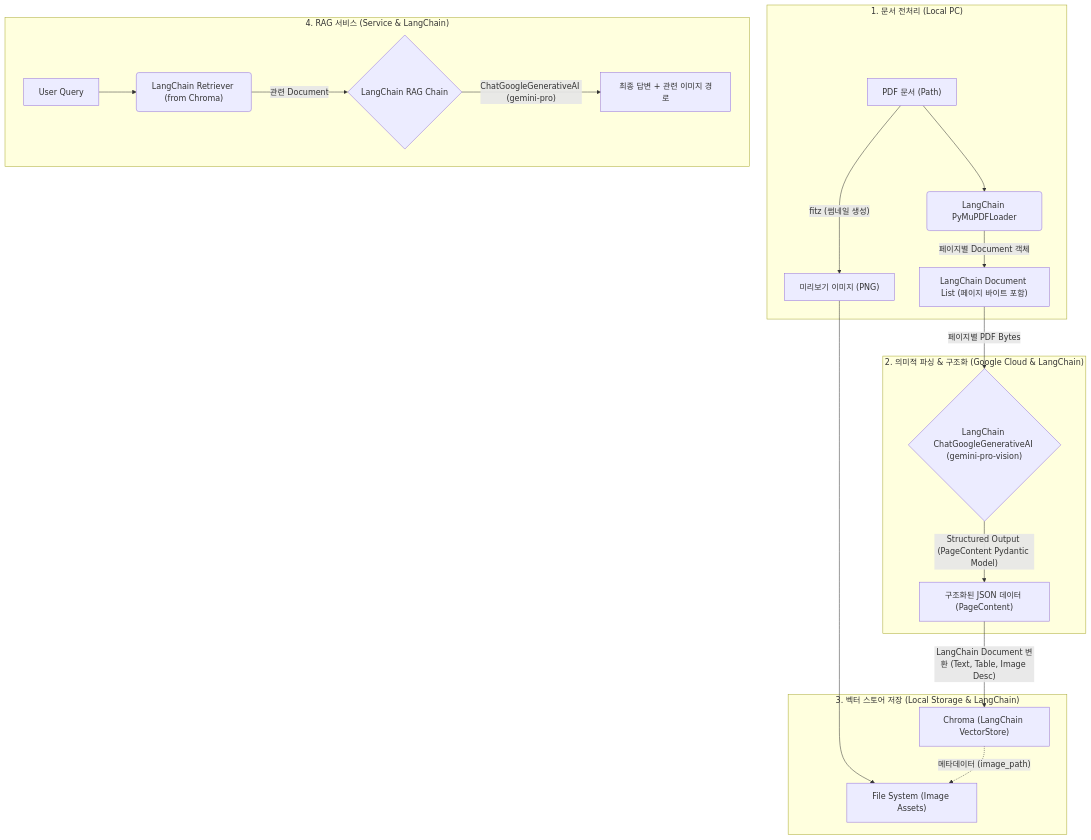
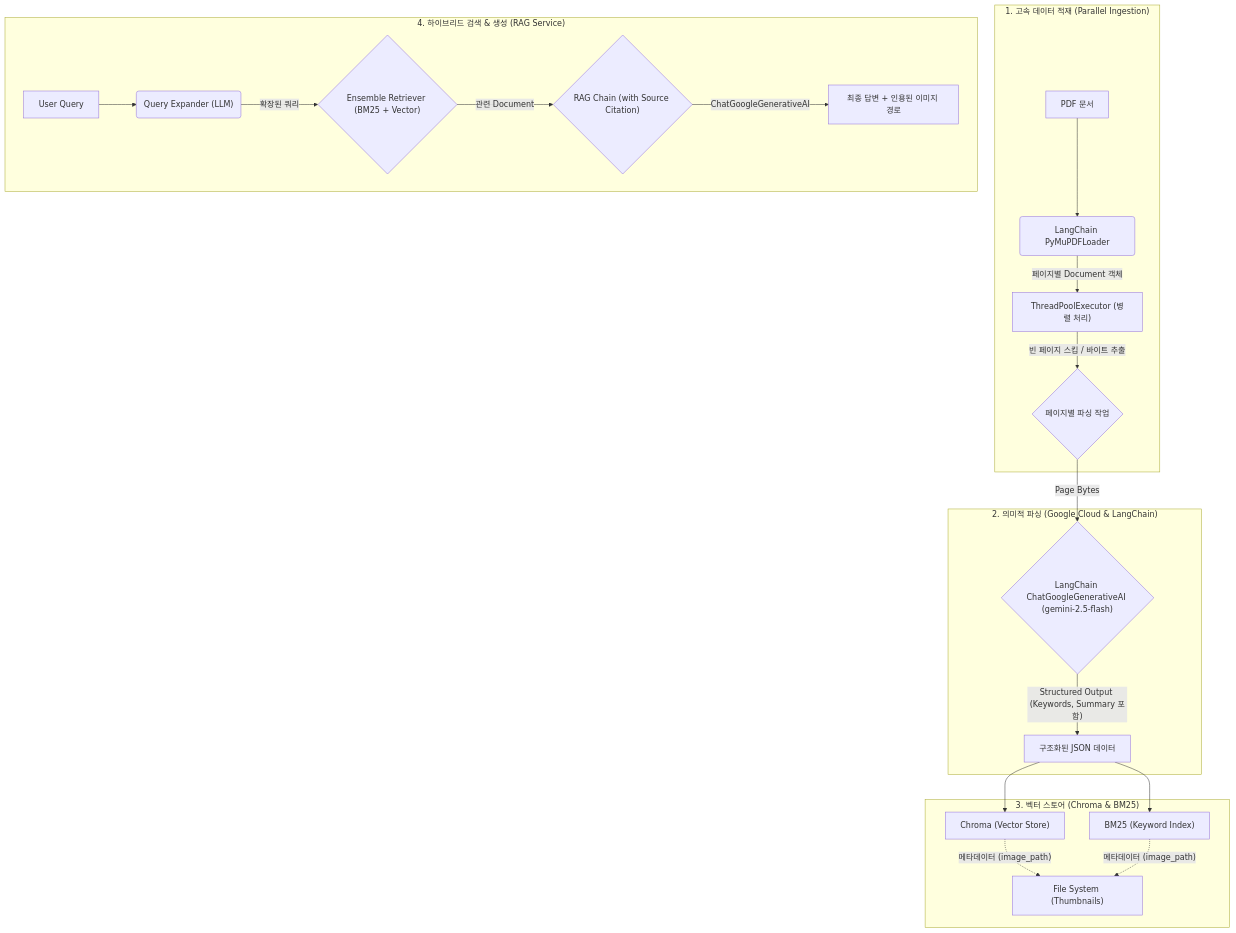
One commit to Bonggoo/Multimodal_RAG changed the diagram in 개발설계문서.md. Above: the diagram before and after it, drawn with Mermaid. The commit also changed other lines of this file and 13 other files, not shown here.

````diff
--- a/개발설계문서.md
+++ b/개발설계문서.md
@@ -27,25 +28,26 @@
 ```mermaid
 flowchart TD
-    subgraph S1 ["1. 문서 전처리 (Local PC)"]
-        A["PDF 문서 (Path)"] --> B("LangChain PyMuPDFLoader")
-        B -- "페이지별 Document 객체" --> C["LangChain Document List (페이지 바이트 포함)"]
-        A -- "fitz (썸네일 생성)" --> D["미리보기 이미지 (PNG)"]
+    subgraph S1 ["1. 고속 데이터 적재 (Parallel Ingestion)"]
+        A["PDF 문서"] --> B("LangChain PyMuPDFLoader")
+        B -- "페이지별 Document 객체" --> C["ThreadPoolExecutor (병렬 처리)"]
+        C -- "빈 페이지 스킵 / 바이트 추출" --> D{"페이지별 파싱 작업"}
     end
 
-    subgraph S2 ["2. 의미적 파싱 & 구조화 (Google Cloud & LangChain)"]
-        C -- "페이지별 PDF Bytes" --> E{"LangChain ChatGoogleGenerativeAI (gemini-pro-vision)"}
-        E -- "Structured Output (PageContent Pydantic Model)" --> F["구조화된 JSON 데이터 (PageContent)"]
+    subgraph S2 ["2. 의미적 파싱 (Google Cloud & LangChain)"]
+        D -- "Page Bytes" --> E{"LangChain ChatGoogleGenerativeAI (gemini-2.5-flash)"}
+        E -- "Structured Output (Keywords, Summary 포함)" --> F["구조화된 JSON 데이터"]
     end
 
-    subgraph S3 ["3. 벡터 스토어 저장 (Local Storage & LangChain)"]
-        F -- "LangChain Document 변환 (Text, Table, Image Desc)" --> G["Chroma (LangChain VectorStore)"]
-        D --> H["File System (Image Assets)"]
-        G -. "메타데이터 (image_path)" .-> H
+    subgraph S3 ["3. 벡터 스토어 (Chroma & BM25)"]
+        F --> G["Chroma (Vector Store)"]
+        F --> H["BM25 (Keyword Index)"]
+        G & H -. "메타데이터 (image_path)" .-> I["File System (Thumbnails)"]
     end
 
-    subgraph S4 ["4. RAG 서비스 (Service & LangChain)"]
-        I["User Query"] --> J("LangChain Retriever (from Chroma)")
-        J -- "관련 Document" --> K{"LangChain RAG Chain"}
-        K -- "ChatGoogleGenerativeAI (gemini-pro)" --> L["최종 답변 + 관련 이미지 경로"]
+    subgraph S4 ["4. 하이브리드 검색 & 생성 (RAG Service)"]
+        J["User Query"] --> K("Query Expander (LLM)")
+        K -- "확장된 쿼리" --> L{"Ensemble Retriever (BM25 + Vector)"}
+        L -- "관련 Document" --> M{"RAG Chain (with Source Citation)"}
+        M -- "ChatGoogleGenerativeAI" --> N["최종 답변 + 인용된 이미지 경로"]
     end
 ```
````
